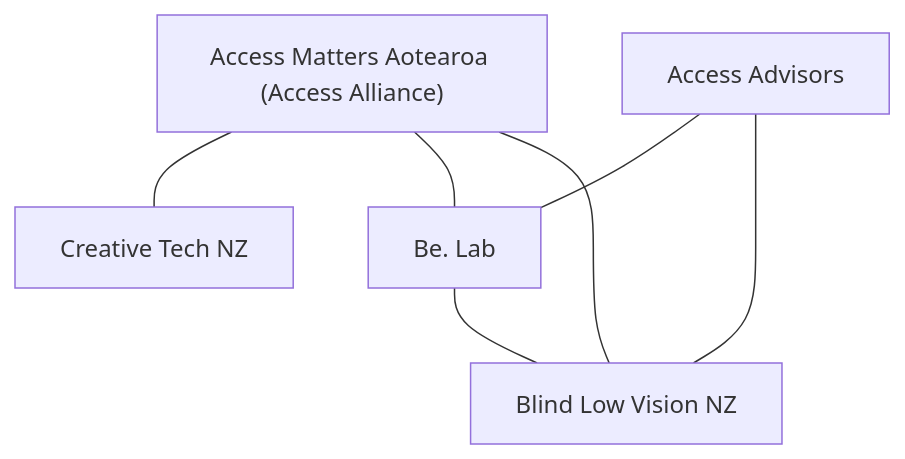
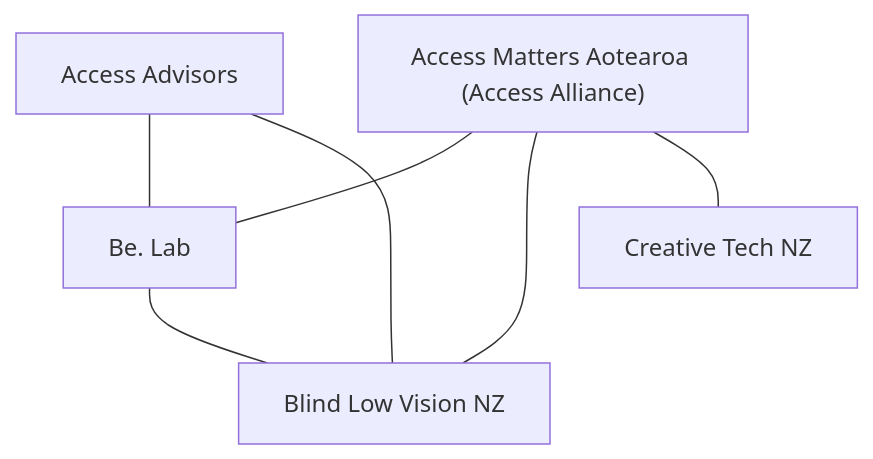
One commit to olitreadwell/nz-tech-for-good changed the second of 21 diagrams in GUIDE.md. Above: the diagram before and after it, drawn with Mermaid. The commit also changed other lines of this file and 1 other file, not shown here.

````diff
--- a/GUIDE.md
+++ b/GUIDE.md
@@ -103,14 +103,14 @@
 ```mermaid
 flowchart TD
     n_AccessAdvisors["Access Advisors"]
     n_AccessMattersAotearoaAcc["Access Matters Aotearoa (Access Alliance)"]
     n_BeLab["Be. Lab"]
     n_BlindLowVisionNZ["Blind Low Vision NZ"]
     n_CreativeTechNZ["Creative Tech NZ"]
+    n_AccessAdvisors --- n_BeLab
+    n_AccessAdvisors --- n_BlindLowVisionNZ
+    n_AccessMattersAotearoaAcc --- n_BeLab
+    n_AccessMattersAotearoaAcc --- n_BlindLowVisionNZ
     n_AccessMattersAotearoaAcc --- n_CreativeTechNZ
     n_BeLab --- n_BlindLowVisionNZ
-    n_AccessMattersAotearoaAcc --- n_BeLab
-    n_AccessMattersAotearoaAcc --- n_BlindLowVisionNZ
-    n_AccessAdvisors --- n_BeLab
-    n_AccessAdvisors --- n_BlindLowVisionNZ
 ```
````
